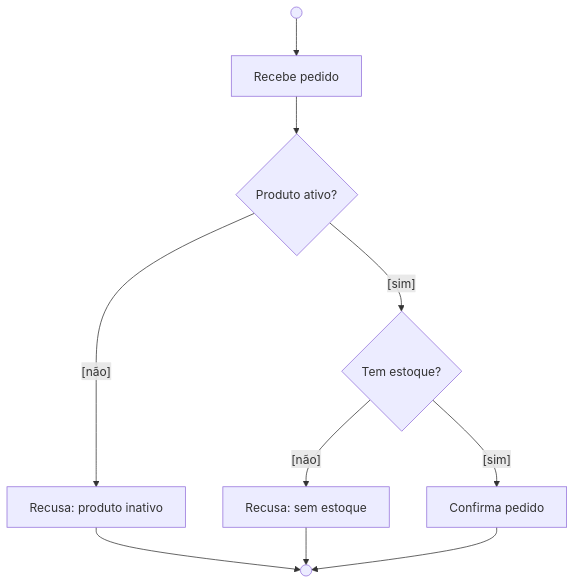
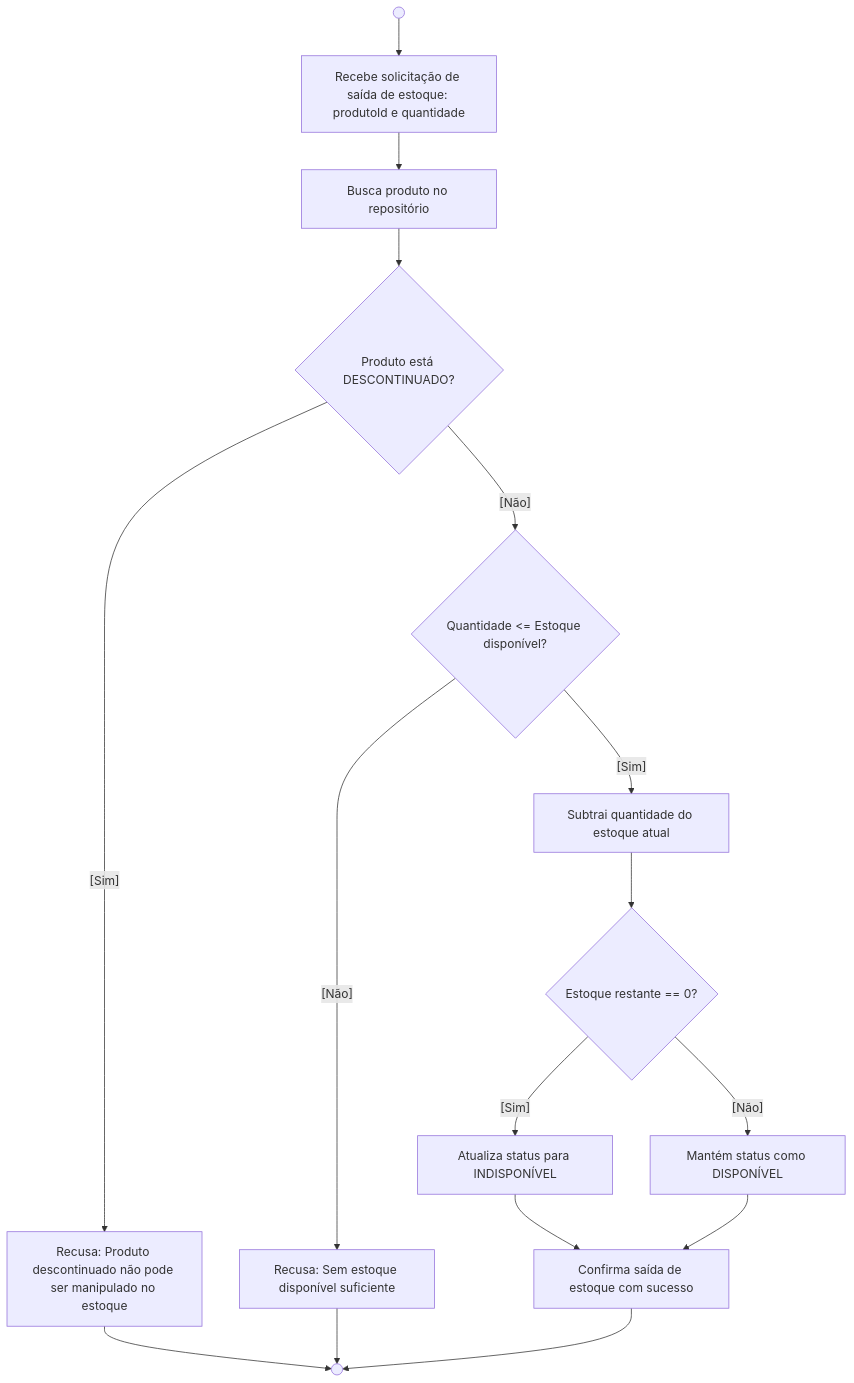
The second of 3 diagrams in Aula-06/aula-6-estruturas-dinamicas.md (HigorHBO/Disciplina_ArquiteturaSoftware), drawn with Mermaid before and after one commit. The commit also changed other lines of this file and 55 other files, not shown here.

````diff
--- a/Aula-06/aula-6-estruturas-dinamicas.md
+++ b/Aula-06/aula-6-estruturas-dinamicas.md
@@ -100,9 +94,24 @@
 ```mermaid
 flowchart TD
-    Inicio(( )) --> A[Recebe pedido]
-    A --> B{Produto ativo?}
-    B -- [não] --> R1[Recusa: produto inativo] --> Fim(( ))
-    B -- [sim] --> C{Tem estoque?}
-    C -- [não] --> R2[Recusa: sem estoque] --> Fim
-    C -- [sim] --> D[Confirma pedido] --> Fim
+    Inicio(( )) --> Recebe[Recebe solicitação de saída de estoque: produtoId e quantidade]
+    Recebe --> Busca[Busca produto no repositório]
+    Busca --> ValidaDescontinuado{Produto está DESCONTINUADO?}
+    
+    ValidaDescontinuado -- [Sim] --> ErroDescontinuado[Recusa: Produto descontinuado não pode ser manipulado no estoque]
+    ErroDescontinuado --> Fim(( ))
+
+    ValidaDescontinuado -- [Não] --> ValidaSaldo{Quantidade <= Estoque disponível?}
+    
+    ValidaSaldo -- [Não] --> ErroSaldo[Recusa: Sem estoque disponível suficiente]
+    ErroSaldo --> Fim
+
+    ValidaSaldo -- [Sim] --> Subtrai[Subtrai quantidade do estoque atual]
+    Subtrai --> VerificaZero{Estoque restante == 0?}
+
+    VerificaZero -- [Sim] --> MudaIndisponivel[Atualiza status para INDISPONÍVEL]
+    VerificaZero -- [Não] --> MantemDisponivel[Mantém status como DISPONÍVEL]
+
+    MudaIndisponivel --> Sucesso[Confirma saída de estoque com sucesso]
+    MantemDisponivel --> Sucesso
+    Sucesso --> Fim
 ```
````
